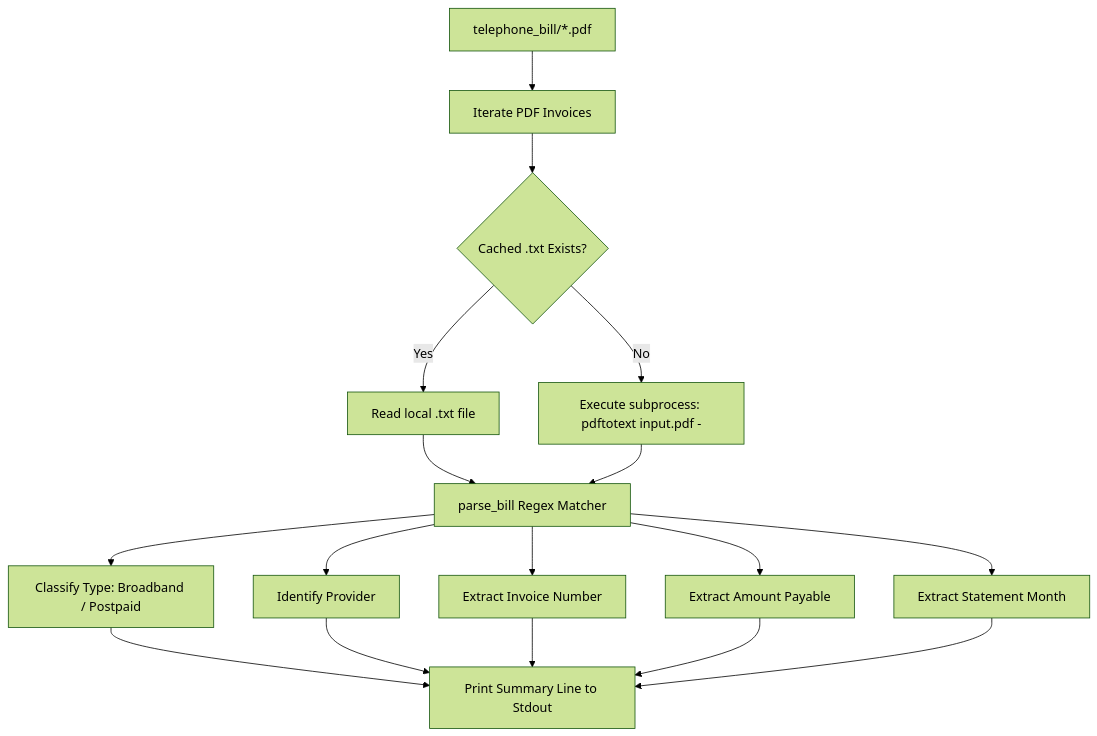
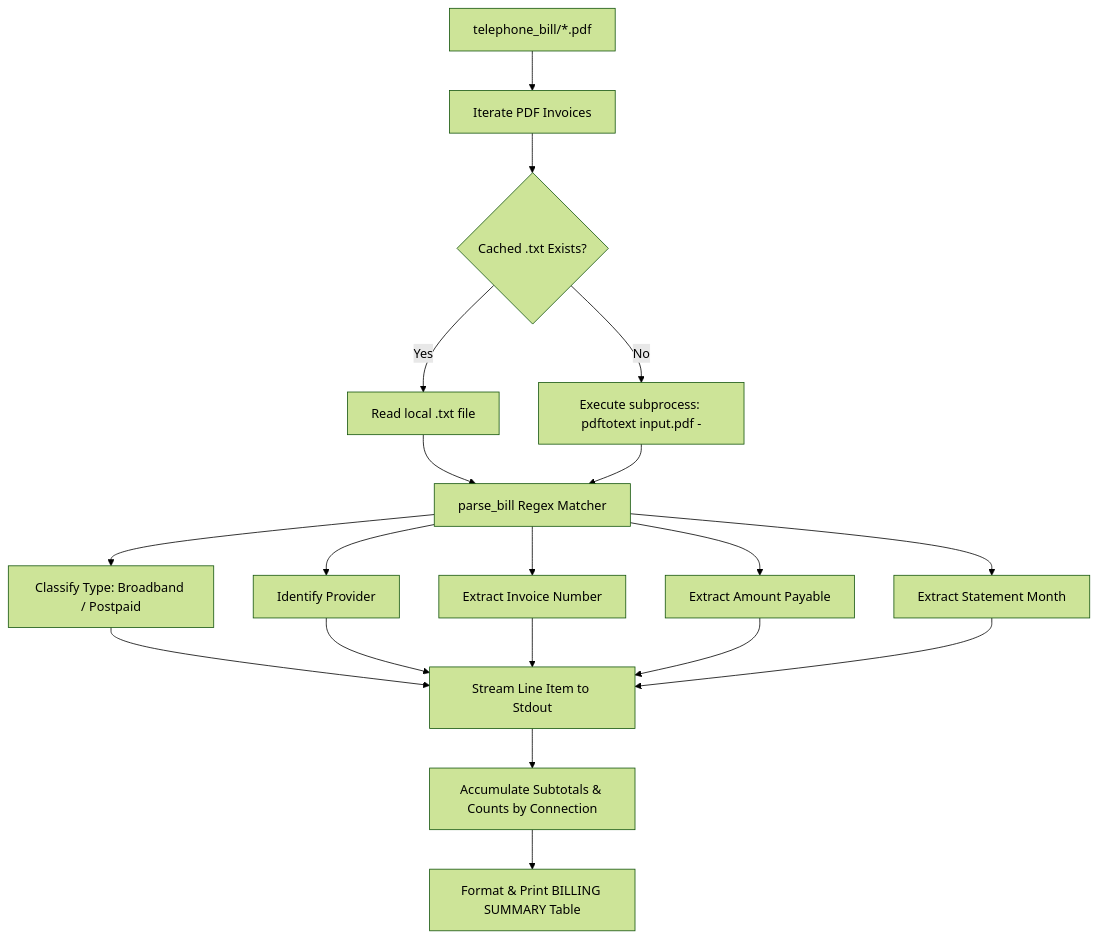
One commit to dev-bikash-web/telephone-bill-maker changed the diagram in Document/test_parser.md. Above: the diagram before and after it, drawn with Mermaid (forest theme). The commit also changed other lines of this file and 3 other files, not shown here.

````diff
--- a/Document/test_parser.md
+++ b/Document/test_parser.md
@@ -79,21 +83,24 @@
 ```mermaid
 graph TD
     BillsDir[telephone_bill/*.pdf] --> Loop[Iterate PDF Invoices]
     Loop --> CacheCheck{Cached .txt Exists?}
     CacheCheck -->|Yes| ReadCache[Read local .txt file]
     CacheCheck -->|No| Subproc["Execute subprocess: pdftotext input.pdf -"]
     ReadCache --> Parser[parse_bill Regex Matcher]
     Subproc --> Parser
     
     Parser --> MatchType[Classify Type: Broadband / Postpaid]
     Parser --> MatchProv[Identify Provider]
     Parser --> MatchInv[Extract Invoice Number]
     Parser --> MatchAmt[Extract Amount Payable]
     Parser --> MatchMonth[Extract Statement Month]
     
-    MatchType --> PrintResult[Print Summary Line to Stdout]
-    MatchProv --> PrintResult
-    MatchInv --> PrintResult
-    MatchAmt --> PrintResult
-    MatchMonth --> PrintResult
+    MatchType --> StreamItem[Stream Line Item to Stdout]
+    MatchProv --> StreamItem
+    MatchInv --> StreamItem
+    MatchAmt --> StreamItem
+    MatchMonth --> StreamItem
+    
+    StreamItem --> Accumulator[Accumulate Subtotals & Counts by Connection]
+    Accumulator --> SummaryBlock[Format & Print BILLING SUMMARY Table]
 ```
````
